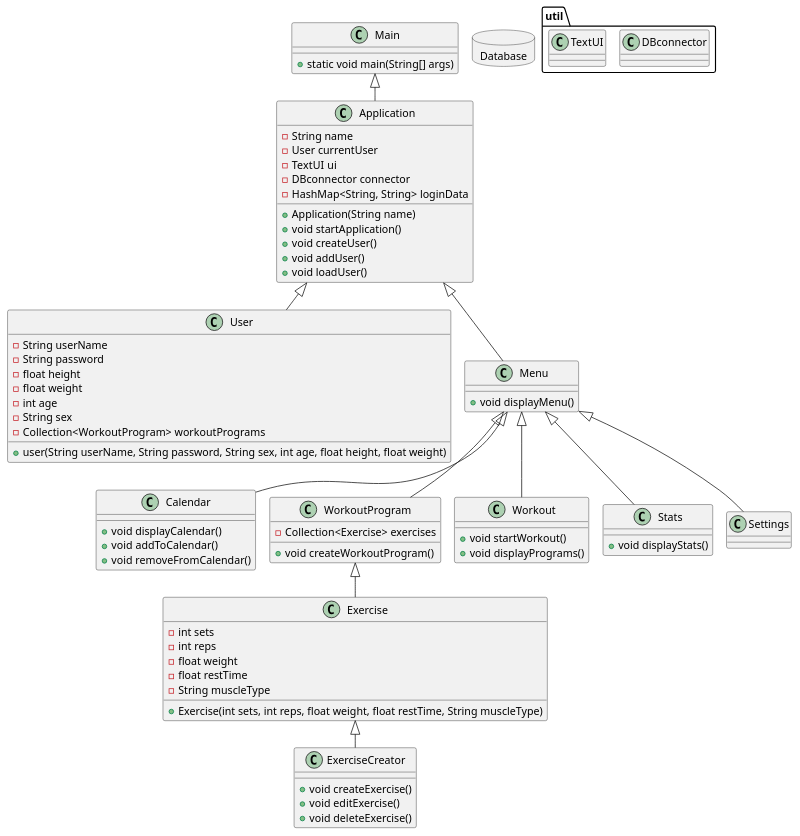
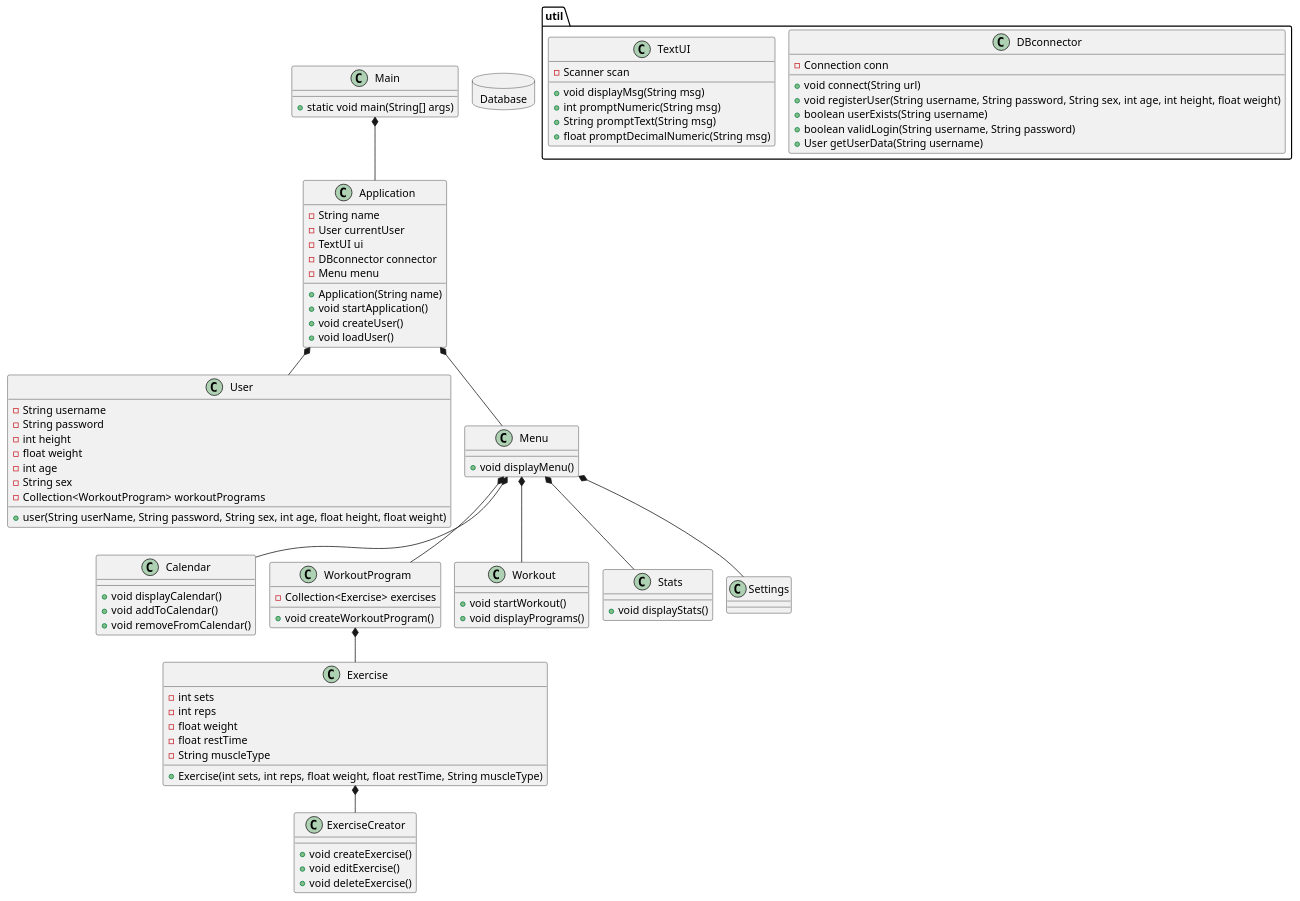
One commit to emil2112/ICE-gruppe-D changed the diagram in doc/ClassDiagram.puml. Above: the diagram before and after it, drawn with PlantUML.

Commit message:
Class diagram v2

```diff
--- a/doc/ClassDiagram.puml
+++ b/doc/ClassDiagram.puml
@@ -1,94 +1,103 @@
 @startuml
 !pragma layout smetana
 
 class Main{
    +static void main(String[] args)
 }
 
 database Database{
 
 }
 package "util"{
 class DBconnector{
+-Connection conn
++void connect(String url)
++void registerUser(String username, String password, String sex, int age, int height, float weight)
++boolean userExists(String username)
++boolean validLogin(String username, String password)
++User getUserData(String username)
 
 }
 
 class TextUI{
-
+-Scanner scan
++void displayMsg(String msg)
++int promptNumeric(String msg)
++String promptText(String msg)
++float promptDecimalNumeric(String msg)
 }
 }
 class Application{
 -String name
 -User currentUser
 -TextUI ui
 -DBconnector connector
--HashMap<String, String> loginData
+-Menu menu
 
 +Application(String name)
 +void startApplication()
 +void createUser()
-+void addUser()
 +void loadUser()
 }
 
 class User{
--String userName
+-String username
 -String password
--float height
+-int height
 -float weight
 -int age
 -String sex
 +user(String userName, String password, String sex, int age, float height, float weight)
 -Collection<WorkoutProgram> workoutPrograms
 }
 
 class Menu{
 +void displayMenu()
 }
 
 class Calendar{
 +void displayCalendar()
 +void addToCalendar()
 +void removeFromCalendar()
 }
 
 class WorkoutProgram{
 -Collection<Exercise> exercises
 +void createWorkoutProgram()
 }
 
 class Workout{
 +void startWorkout()
 +void displayPrograms()
 }
 
 class Stats{
 +void displayStats()
 }
 
 class Exercise{
 -int sets
 -int reps
 -float weight
 -float restTime
 -String muscleType
 +Exercise(int sets, int reps, float weight, float restTime, String muscleType)
 }
 
 class ExerciseCreator{
 +void createExercise()
 +void editExercise()
 +void deleteExercise()
 }
 
-Main <|-- Application
-Application <|-- User
-Application <|-- Menu
-Menu <|-- Workout
-Menu <|-- WorkoutProgram
-Menu <|-- Stats
-Menu <|-- Calendar
-Menu <|-- Settings
-WorkoutProgram <|-- Exercise
-Exercise <|-- ExerciseCreator
+Main *-- Application
+Application *-- User
+Application *-- Menu
+Menu *-- Workout
+Menu *-- WorkoutProgram
+Menu *-- Stats
+Menu *-- Calendar
+Menu *-- Settings
+WorkoutProgram *-- Exercise
+Exercise *-- ExerciseCreator
 @enduml
```
